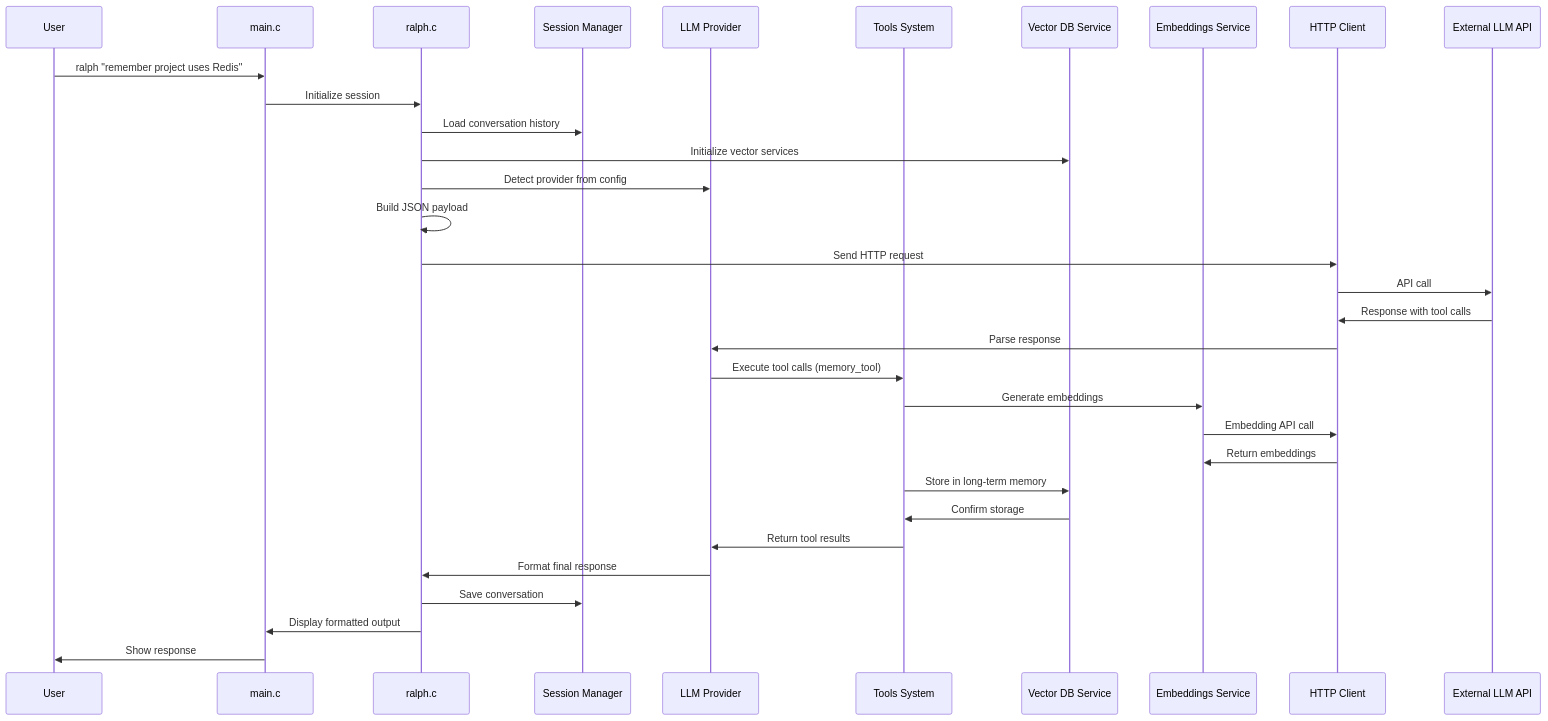
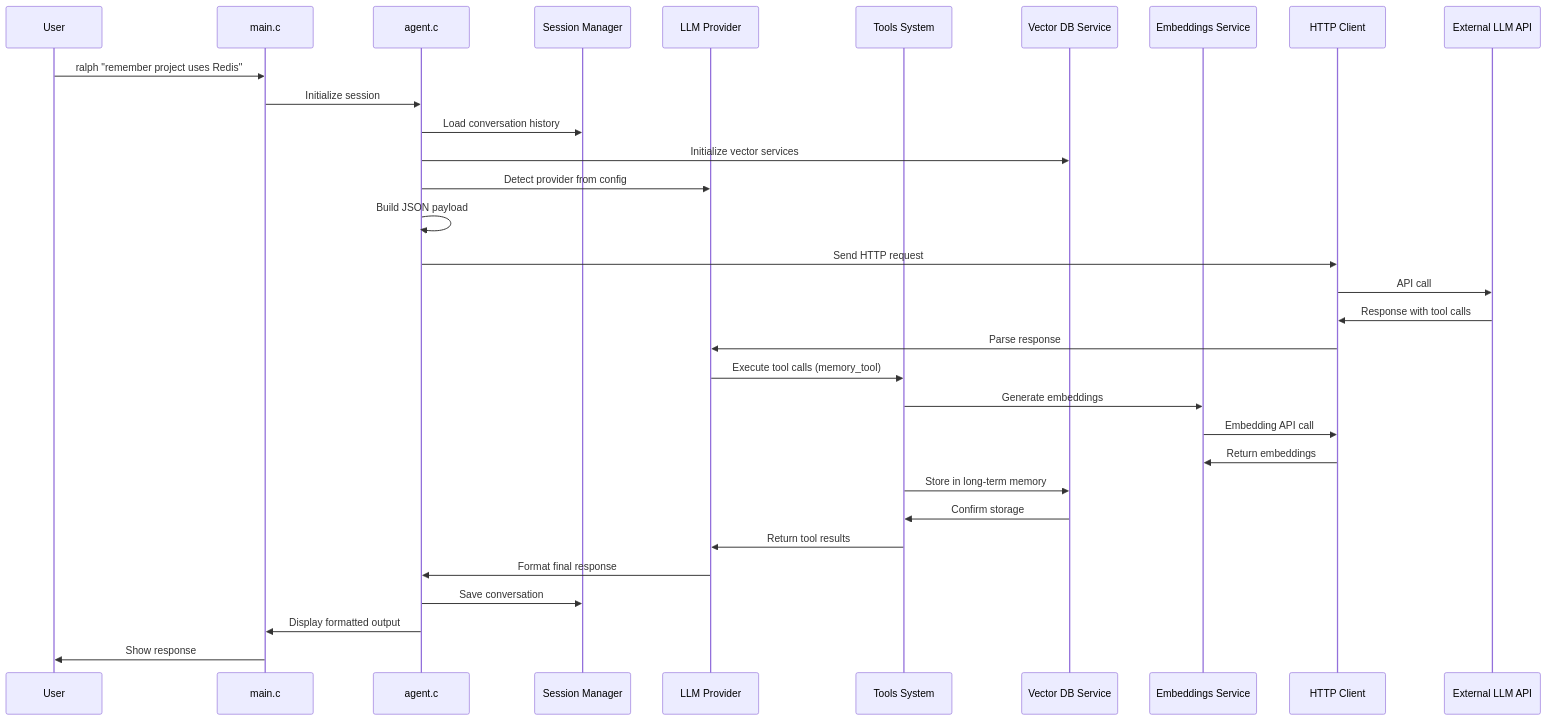
The second of 16 diagrams in ARCHITECTURE.md (tgittos/scaffold), drawn with Mermaid before and after one commit. The commit also changed other lines of this file and 32 other files, not shown here.

````diff
--- a/ARCHITECTURE.md
+++ b/ARCHITECTURE.md
@@ -177,35 +175,35 @@
 ```mermaid
 sequenceDiagram
     participant User
     participant CLI as main.c
-    participant Core as ralph.c
+    participant Core as agent.c
     participant Session as Session Manager
     participant Provider as LLM Provider
     participant Tools as Tools System
     participant VectorDB as Vector DB Service
     participant Embeddings as Embeddings Service
     participant Network as HTTP Client
     participant LLM as External LLM API
     
     User->>CLI: ralph "remember project uses Redis"
     CLI->>Core: Initialize session
     Core->>Session: Load conversation history
     Core->>VectorDB: Initialize vector services
     Core->>Provider: Detect provider from config
     Core->>Core: Build JSON payload
     Core->>Network: Send HTTP request
     Network->>LLM: API call
     LLM->>Network: Response with tool calls
     Network->>Provider: Parse response
     Provider->>Tools: Execute tool calls (memory_tool)
     Tools->>Embeddings: Generate embeddings
     Embeddings->>Network: Embedding API call
     Network->>Embeddings: Return embeddings
     Tools->>VectorDB: Store in long-term memory
     VectorDB->>Tools: Confirm storage
     Tools->>Provider: Return tool results
     Provider->>Core: Format final response
     Core->>Session: Save conversation
     Core->>CLI: Display formatted output
     CLI->>User: Show response
 ```
````
